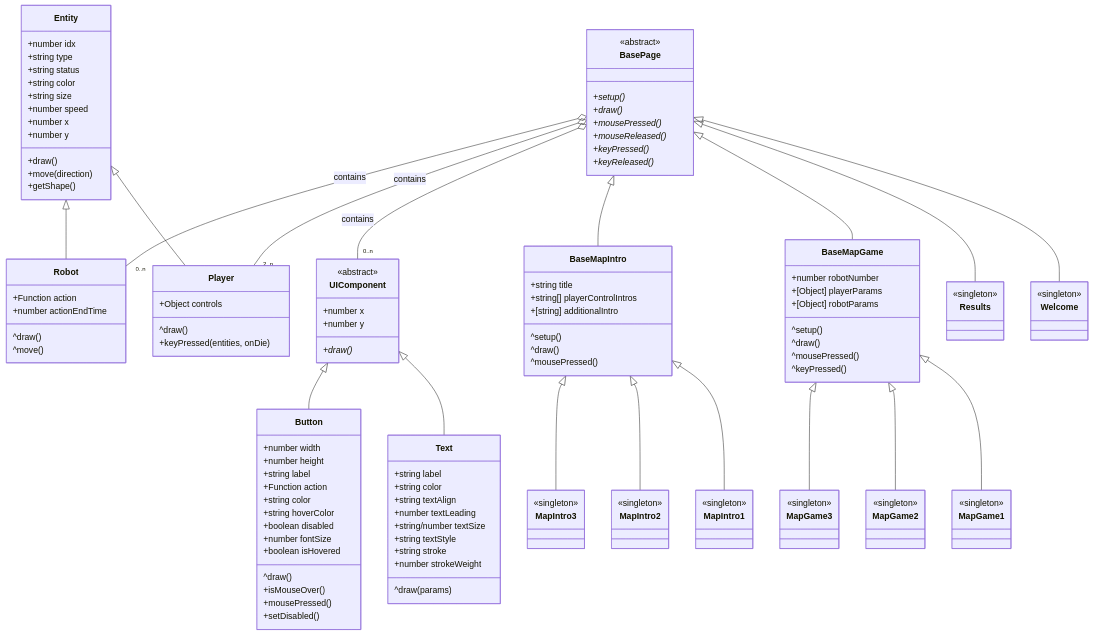
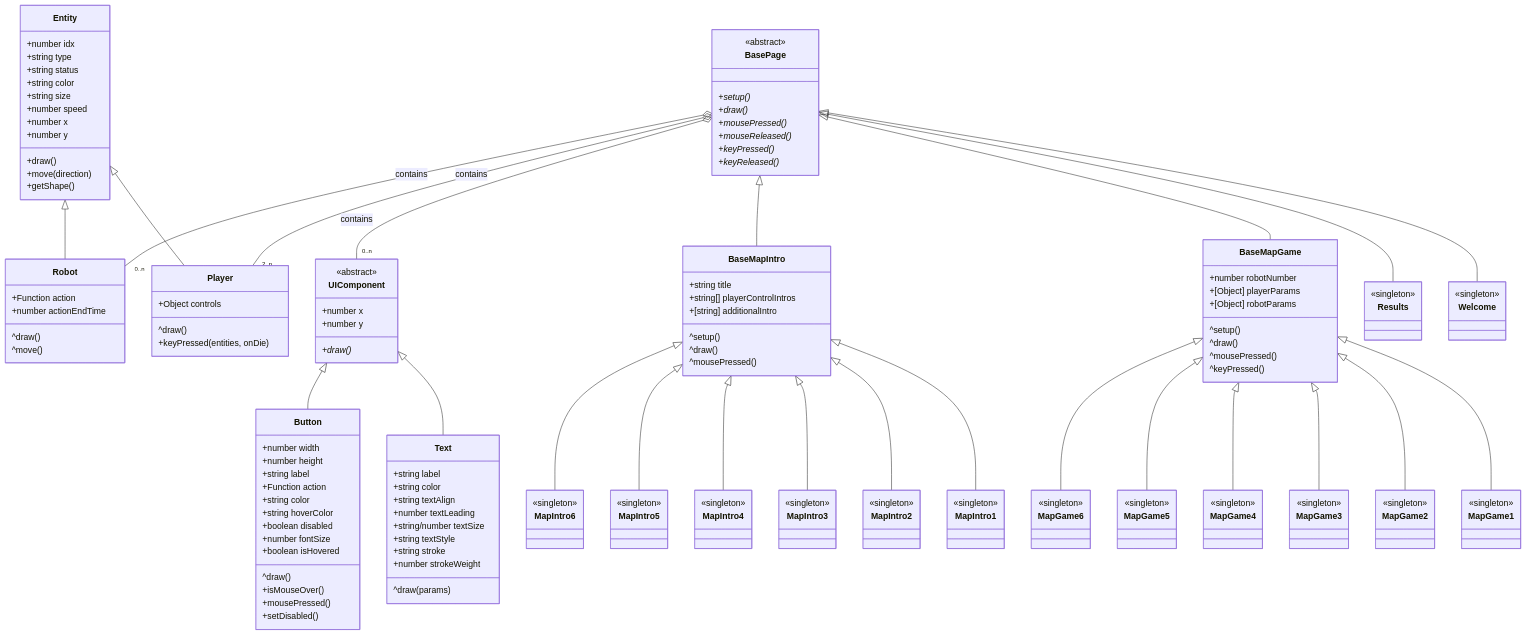
One commit to UoB-COMSM0166/2025-group-16 changed the first of 2 diagrams in README.md. Above: the diagram before and after it, drawn with Mermaid. The commit also changed 10 other files, not shown here.

```diff
--- a/README.md
+++ b/README.md
@@ -175,6 +175,12 @@
   BaseMapIntro <|-- MapIntro2
   BaseMapGame <|-- MapGame3
   BaseMapIntro <|-- MapIntro3
+  BaseMapGame <|-- MapGame4
+  BaseMapIntro <|-- MapIntro4
+  BaseMapGame <|-- MapGame5
+  BaseMapIntro <|-- MapIntro5
+  BaseMapGame <|-- MapGame6
+  BaseMapIntro <|-- MapIntro6
 
   %% Relationships
   BasePage o-- "0..n" UIComponent : contains
@@ -284,6 +290,18 @@
       <<singleton>>
   }
 
+  class MapIntro4 {
+      <<singleton>>
+  }
+
+  class MapIntro5 {
+      <<singleton>>
+  }
+
+  class MapIntro6 {
+      <<singleton>>
+  }
+
   class MapGame1 {
       <<singleton>>
   }
@@ -296,6 +314,18 @@
       <<singleton>>
   }
 
+  class MapGame4 {
+      <<singleton>>
+  }
+
+  class MapGame5 {
+      <<singleton>>
+  }
+
+  class MapGame6 {
+      <<singleton>>
+  }
+
   class Welcome {
       <<singleton>>
   }
```
